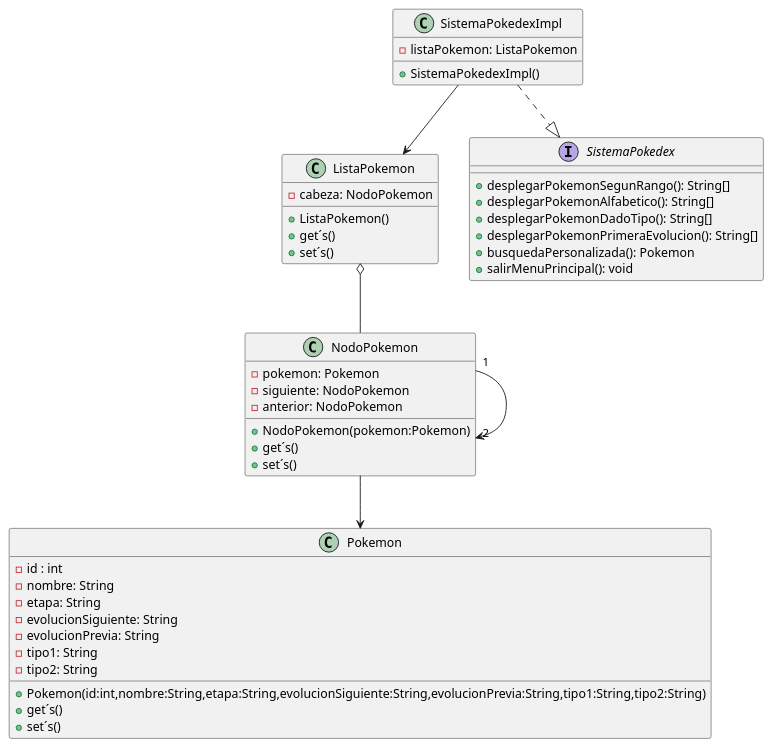
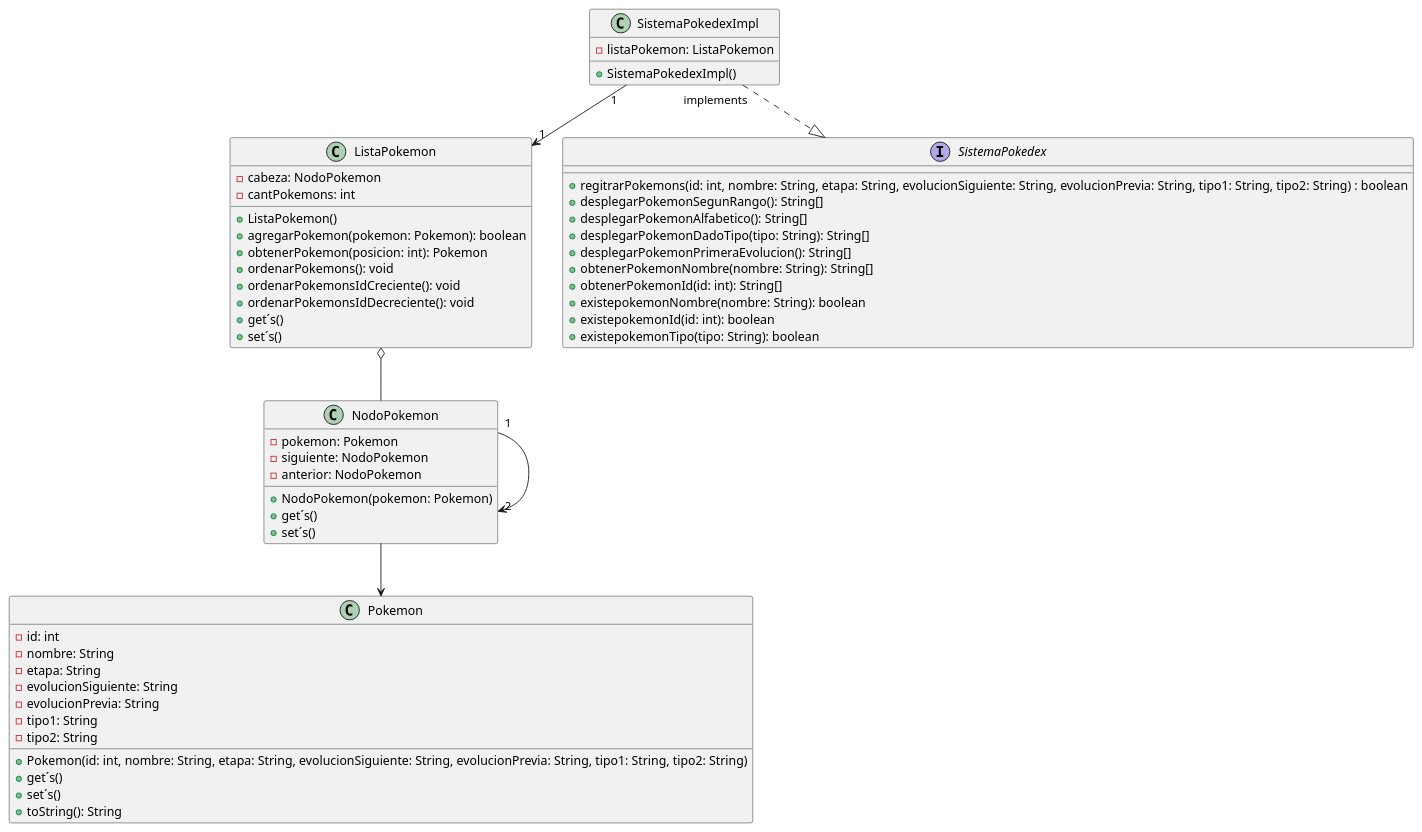
The diagram in out/production/Taller4/DiagramaDeClase.puml (MauricioAchc/Taller4), drawn with PlantUML before and after one commit. The commit also changed 11 other files, not shown here.

```diff
--- a/out/production/Taller4/DiagramaDeClase.puml
+++ b/out/production/Taller4/DiagramaDeClase.puml
@@ -1,52 +1,64 @@
 @startuml
 'https://plantuml.com/sequence-diagram
 class Pokemon{
--id : int
+-id: int
 -nombre: String
 -etapa: String
 -evolucionSiguiente: String
 -evolucionPrevia: String
 -tipo1: String
 -tipo2: String
-+Pokemon(id:int,nombre:String,etapa:String,evolucionSiguiente:String,evolucionPrevia:String,tipo1:String,tipo2:String)
++Pokemon(id: int, nombre: String, etapa: String, evolucionSiguiente: String, evolucionPrevia: String, tipo1: String, tipo2: String)
 +get´s()
 +set´s()
++toString(): String
+}
 
-}
 class NodoPokemon{
 -pokemon: Pokemon
 -siguiente: NodoPokemon
 -anterior: NodoPokemon
-+NodoPokemon(pokemon:Pokemon)
++NodoPokemon(pokemon: Pokemon)
 +get´s()
 +set´s()
 }
 
 class ListaPokemon{
 -cabeza: NodoPokemon
+-cantPokemons: int
 +ListaPokemon()
++agregarPokemon(pokemon: Pokemon): boolean
++obtenerPokemon(posicion: int): Pokemon
++ordenarPokemons(): void
++ordenarPokemonsIdCreciente(): void
++ordenarPokemonsIdDecreciente(): void
 +get´s()
 +set´s()
 }
 
 interface SistemaPokedex{
++regitrarPokemons(id: int, nombre: String, etapa: String, evolucionSiguiente: String, evolucionPrevia: String, tipo1: String, tipo2: String) : boolean
 +desplegarPokemonSegunRango(): String[]
 +desplegarPokemonAlfabetico(): String[]
-+desplegarPokemonDadoTipo(): String[]
++desplegarPokemonDadoTipo(tipo: String): String[]
 +desplegarPokemonPrimeraEvolucion(): String[]
-+busquedaPersonalizada(): Pokemon
-+salirMenuPrincipal(): void
++obtenerPokemonNombre(nombre: String): String[]
++obtenerPokemonId(id: int): String[]
++existepokemonNombre(nombre: String): boolean
++existepokemonId(id: int): boolean
++existepokemonTipo(tipo: String): boolean
 }
+
 class SistemaPokedexImpl{
 -listaPokemon: ListaPokemon
 +SistemaPokedexImpl()
 }
 
 NodoPokemon "1" --> "2" NodoPokemon
 ListaPokemon o-- NodoPokemon
-SistemaPokedexImpl ..|> SistemaPokedex
-SistemaPokedexImpl --> ListaPokemon
+SistemaPokedexImpl "implements" ..|> SistemaPokedex
+SistemaPokedexImpl "1" --> "1" ListaPokemon
 NodoPokemon --> Pokemon
 
 
 @enduml
```
